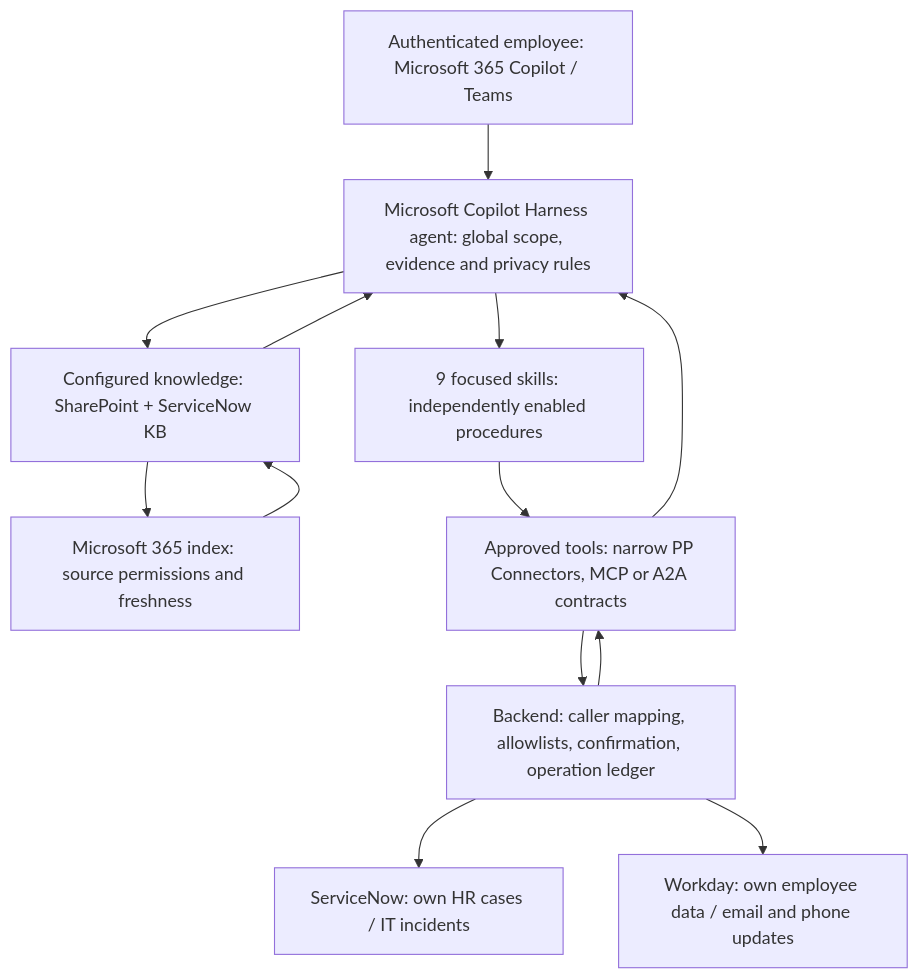
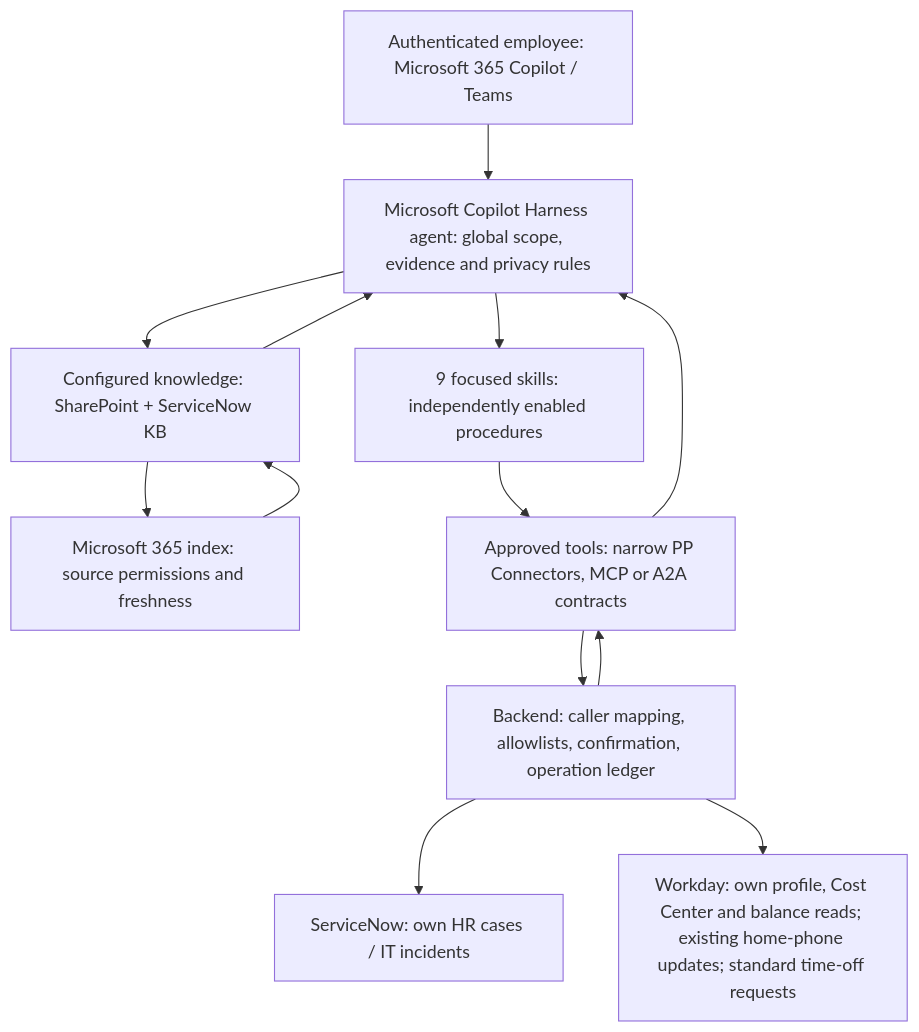
One commit to microsoft/ai-agent-runbooks changed the diagram in 01-scenarios/Employee-Self-Service-Agent-Microsoft-Copilot-Harness/2.Architecture.md. Above: the diagram before and after it, drawn with Mermaid. The commit also changed other lines of this file and 8 other files, not shown here.

````diff
--- a/01-scenarios/Employee-Self-Service-Agent-Microsoft-Copilot-Harness/2.Architecture.md
+++ b/01-scenarios/Employee-Self-Service-Agent-Microsoft-Copilot-Harness/2.Architecture.md
@@ -10,19 +10,19 @@
 ```mermaid
 flowchart TD
     U["Authenticated employee: Microsoft 365 Copilot / Teams"]
     A["Microsoft Copilot Harness agent: global scope, evidence and privacy rules"]
     S["9 focused skills: independently enabled procedures"]
     K["Configured knowledge: SharePoint + ServiceNow KB"]
     I["Microsoft 365 index: source permissions and freshness"]
     T["Approved tools: narrow PP Connectors, MCP or A2A contracts"]
     B["Backend: caller mapping, allowlists, confirmation, operation ledger"]
     SN["ServiceNow: own HR cases / IT incidents"]
-    WD["Workday: own employee data / email and phone updates"]
+    WD["Workday: own profile, Cost Center and balance reads; existing home-phone updates; standard time-off requests"]
     U --> A --> S
     A --> K --> I
     S --> T --> B
     B --> SN
     B --> WD
     B --> T --> A
     I --> K --> A
 ```
````
